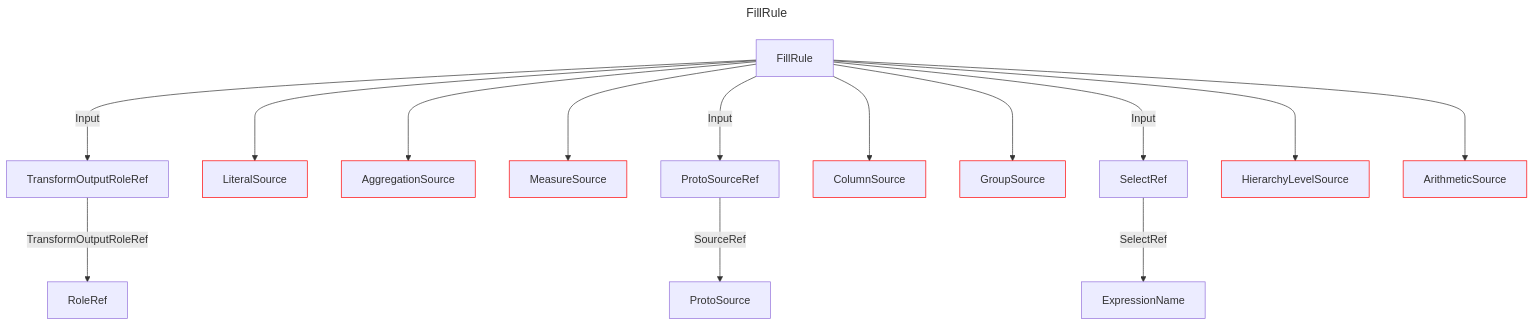
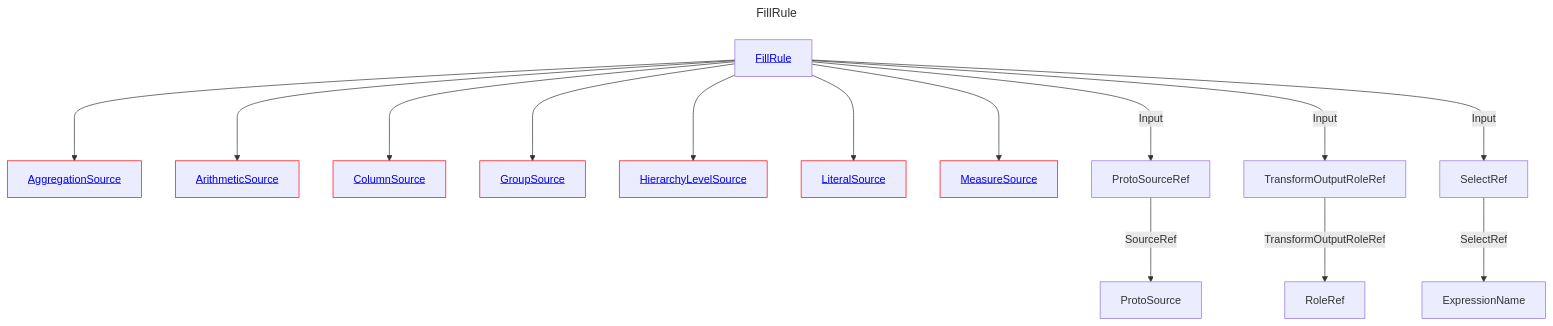
One commit to douglassimonsen/pbi_core changed the diagram in docs/docs/layout/erd/FillRule.md. Above: the diagram before and after it, drawn with Mermaid. The commit also changed 76 other files, not shown here.

````diff
--- a/docs/docs/layout/erd/FillRule.md
+++ b/docs/docs/layout/erd/FillRule.md
@@ -1,40 +1,40 @@
 ```mermaid
 ---
 title: FillRule
 ---
 graph 
-2430071820688["RoleRef"]
-2430071895840["FillRule"]
-2430071814832["TransformOutputRoleRef"]
-2430071816784["LiteralSource"]
-style 2430071816784 stroke:#ff0000,stroke-width:1px
-2430071366800["ExpressionName"]
-2430071358016["AggregationSource"]
-style 2430071358016 stroke:#ff0000,stroke-width:1px
-2430071359968["MeasureSource"]
-style 2430071359968 stroke:#ff0000,stroke-width:1px
-2430071825568["ProtoSourceRef"]
-2430071365824["ColumnSource"]
-style 2430071365824 stroke:#ff0000,stroke-width:1px
-2430071808976["GroupSource"]
-style 2430071808976 stroke:#ff0000,stroke-width:1px
-2430071356064["SelectRef"]
-2430071819712["ProtoSource"]
-2430071363872["HierarchyLevelSource"]
-style 2430071363872 stroke:#ff0000,stroke-width:1px
-2430071382416["ArithmeticSource"]
-style 2430071382416 stroke:#ff0000,stroke-width:1px
-2430071825568 --->|SourceRef| 2430071819712
-2430071895840 ---> 2430071382416
-2430071895840 --->|Input| 2430071814832
-2430071895840 ---> 2430071808976
-2430071356064 --->|SelectRef| 2430071366800
-2430071814832 --->|TransformOutputRoleRef| 2430071820688
-2430071895840 ---> 2430071816784
-2430071895840 ---> 2430071365824
-2430071895840 ---> 2430071359968
-2430071895840 ---> 2430071363872
-2430071895840 ---> 2430071358016
-2430071895840 --->|Input| 2430071825568
-2430071895840 --->|Input| 2430071356064
+AggregationSource[<a href='/layout/erd/AggregationSource'>AggregationSource</a>]
+style AggregationSource stroke:#ff0000,stroke-width:1px
+ArithmeticSource[<a href='/layout/erd/ArithmeticSource'>ArithmeticSource</a>]
+style ArithmeticSource stroke:#ff0000,stroke-width:1px
+ColumnSource[<a href='/layout/erd/ColumnSource'>ColumnSource</a>]
+style ColumnSource stroke:#ff0000,stroke-width:1px
+ExpressionName[ExpressionName]
+FillRule[<a href='/layout/erd/FillRule'>FillRule</a>]
+GroupSource[<a href='/layout/erd/GroupSource'>GroupSource</a>]
+style GroupSource stroke:#ff0000,stroke-width:1px
+HierarchyLevelSource[<a href='/layout/erd/HierarchyLevelSource'>HierarchyLevelSource</a>]
+style HierarchyLevelSource stroke:#ff0000,stroke-width:1px
+LiteralSource[<a href='/layout/erd/LiteralSource'>LiteralSource</a>]
+style LiteralSource stroke:#ff0000,stroke-width:1px
+MeasureSource[<a href='/layout/erd/MeasureSource'>MeasureSource</a>]
+style MeasureSource stroke:#ff0000,stroke-width:1px
+ProtoSource[ProtoSource]
+ProtoSourceRef[ProtoSourceRef]
+RoleRef[RoleRef]
+SelectRef[SelectRef]
+TransformOutputRoleRef[TransformOutputRoleRef]
+SelectRef --->|SelectRef| ExpressionName
+FillRule --->|Input| ProtoSourceRef
+ProtoSourceRef --->|SourceRef| ProtoSource
+FillRule ---> GroupSource
+FillRule ---> AggregationSource
+FillRule ---> HierarchyLevelSource
+FillRule ---> LiteralSource
+FillRule --->|Input| TransformOutputRoleRef
+FillRule ---> ArithmeticSource
+FillRule --->|Input| SelectRef
+FillRule ---> MeasureSource
+TransformOutputRoleRef --->|TransformOutputRoleRef| RoleRef
+FillRule ---> ColumnSource
 ```
````
